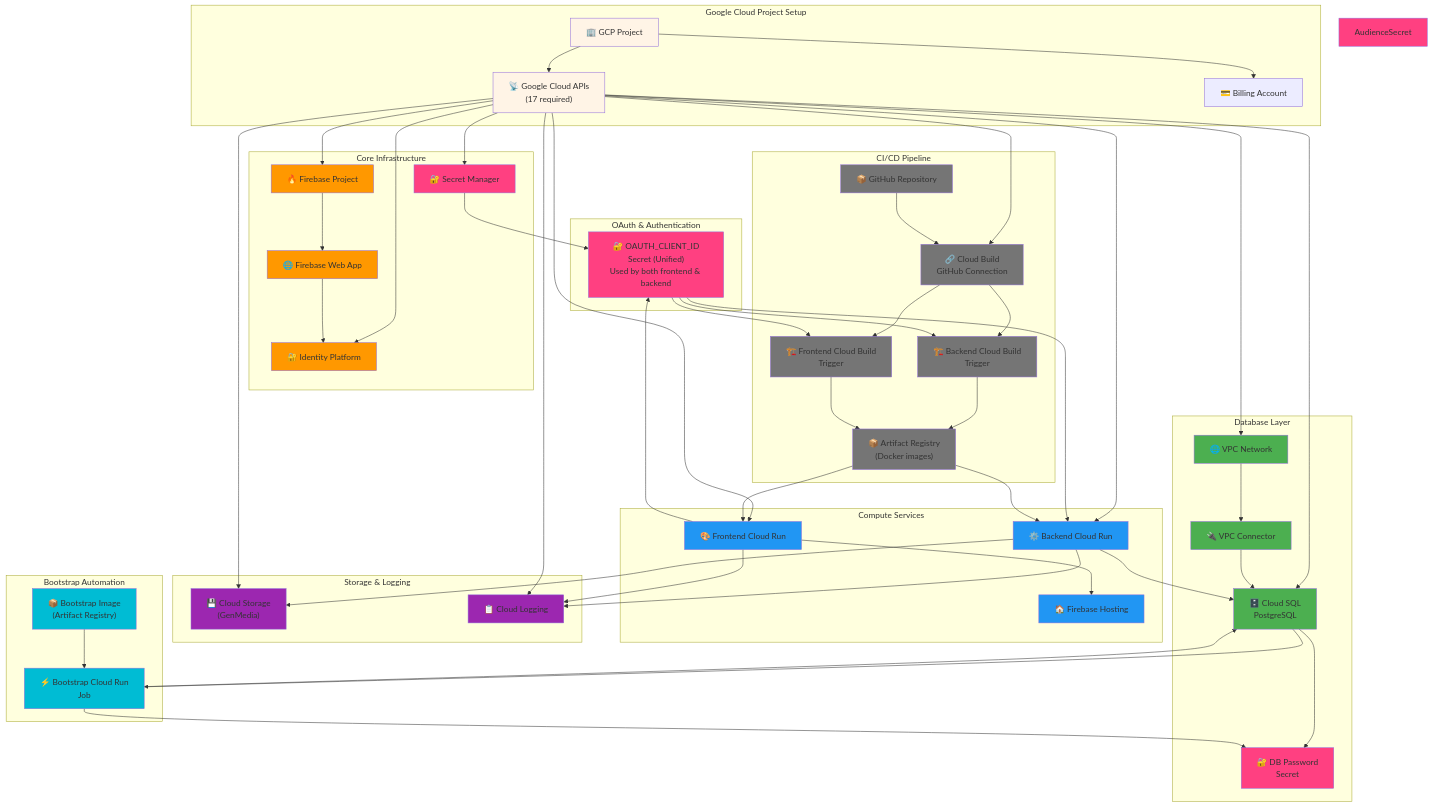
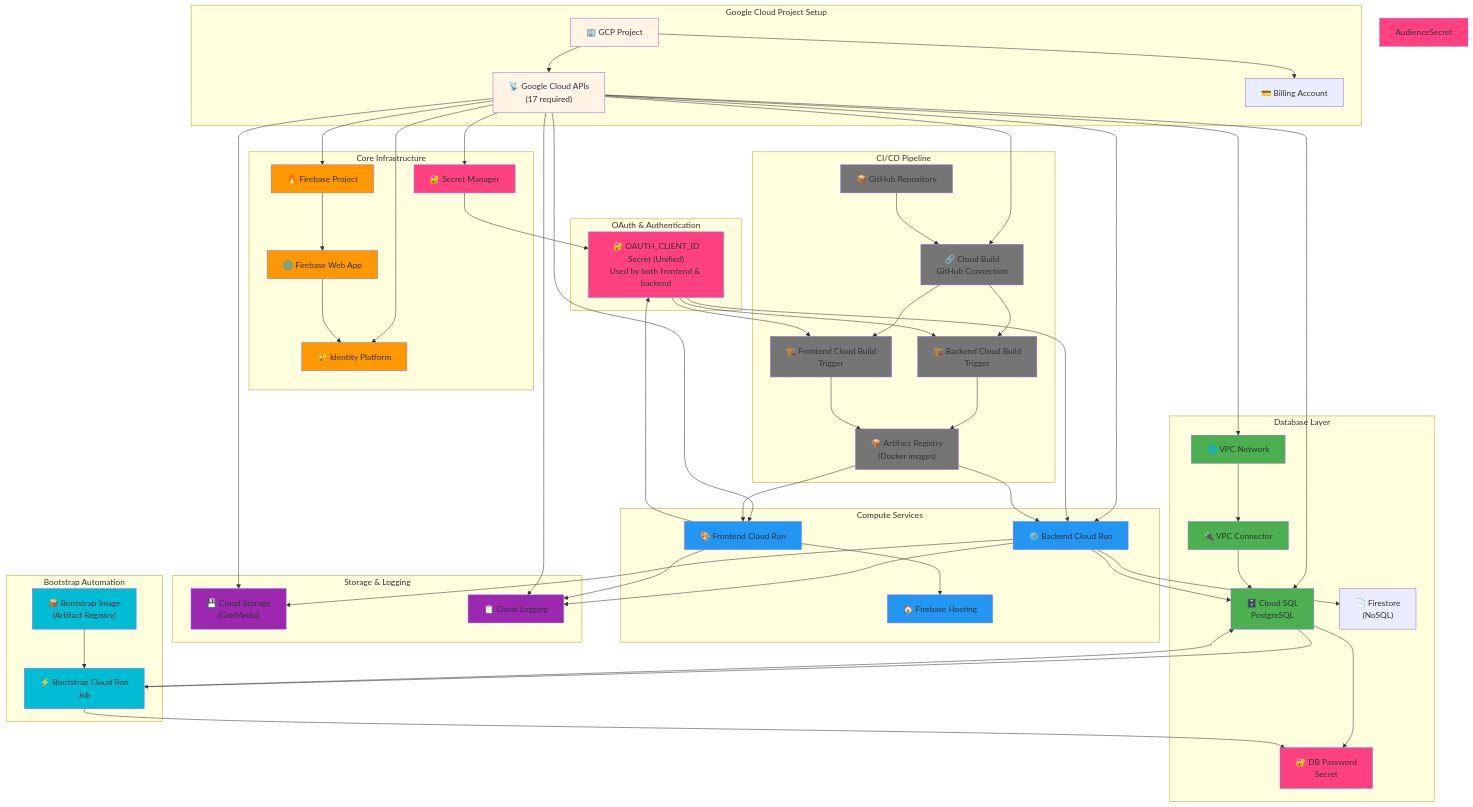
The first of 7 diagrams in examples/creative-studio/infra/ARCHITECTURE.md (maxrinalfox/professional-services), drawn with Mermaid before and after one commit. The commit also changed other lines of this file and 12 other files, not shown here.

```diff
--- a/examples/creative-studio/infra/ARCHITECTURE.md
+++ b/examples/creative-studio/infra/ARCHITECTURE.md
@@ -36,6 +37,7 @@
         VPC["🌐 VPC Network"]
         VPCConn["🔌 VPC Connector"]
         CloudSQL["🗄️ Cloud SQL<br/>PostgreSQL"]
+        Firestore["📄 Firestore<br/>(NoSQL)"]
         DBSecret["🔐 DB Password<br/>Secret"]
     end
 
@@ -107,6 +109,7 @@
     Frontend --> FirebaseHost
 
     Backend --> CloudSQL
+    Backend --> Firestore
     Backend --> Storage
     Backend --> Logs
 
```
